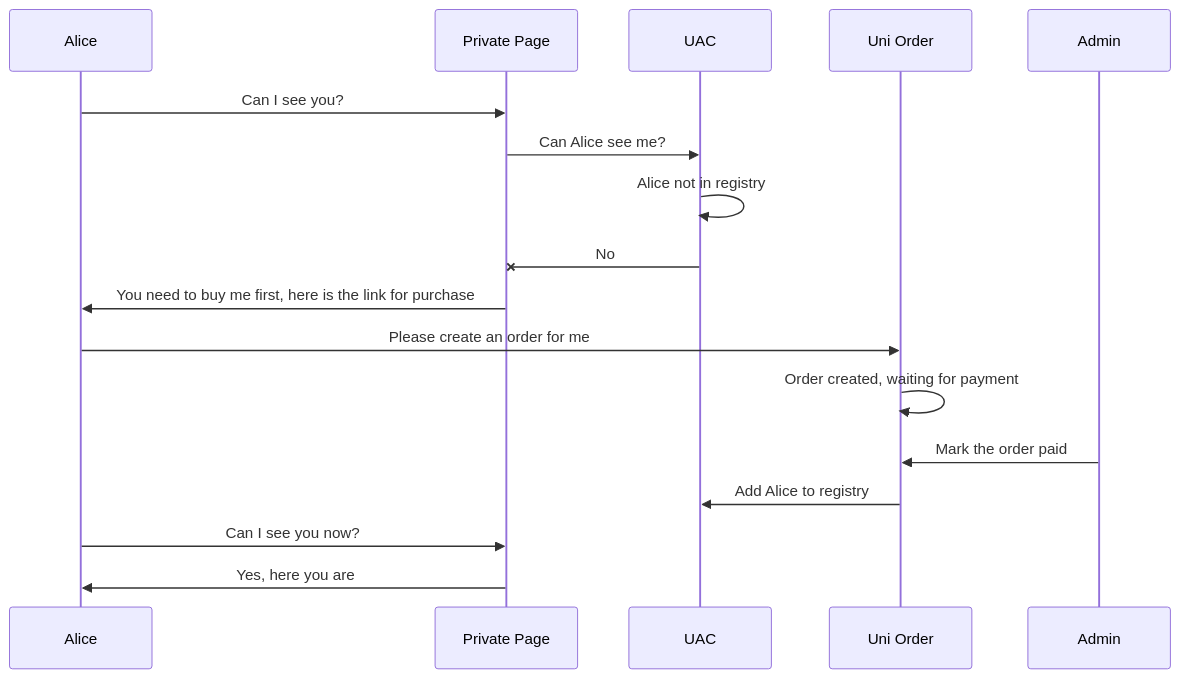
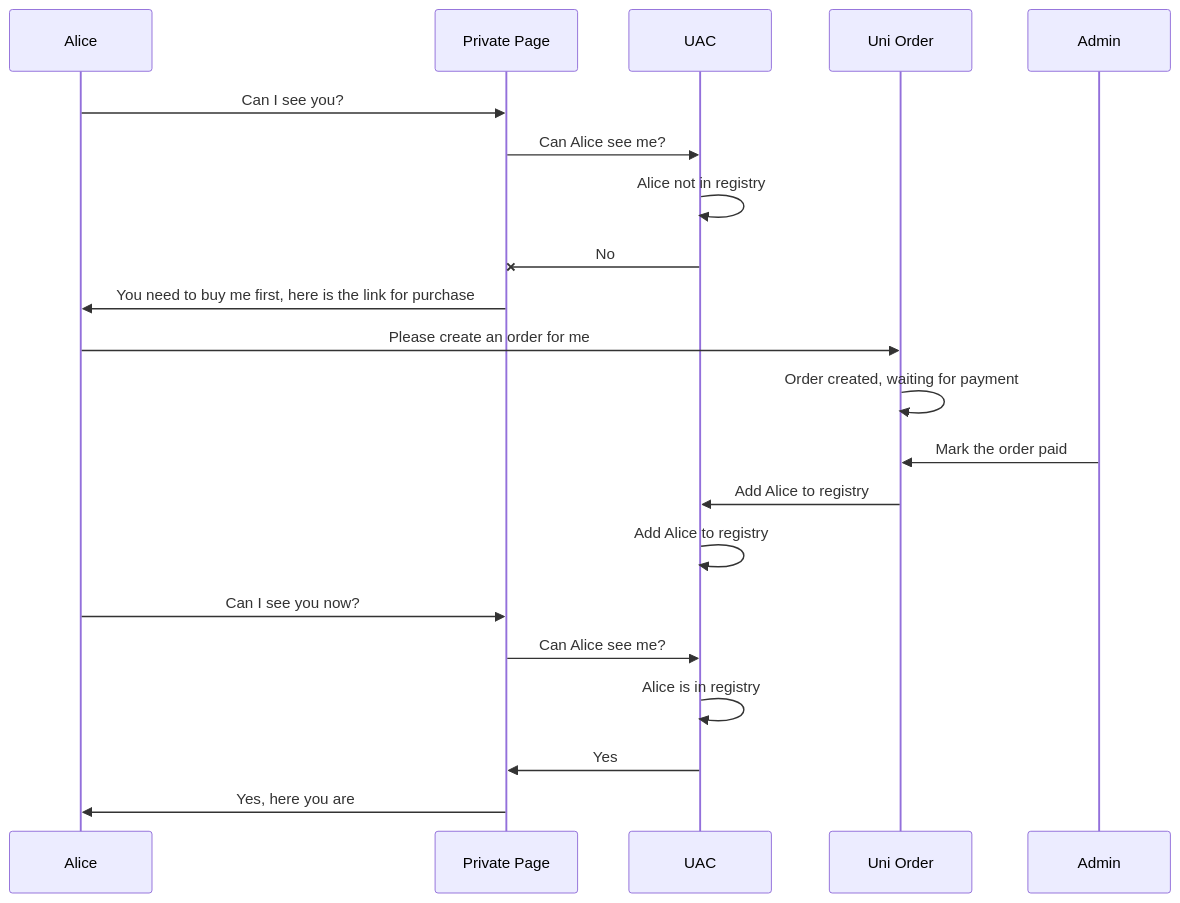
One commit to Jeff-Tian/space changed the diagram in src/pages/posts/uni-arch.md.md. Above: the diagram before and after it, drawn with Mermaid. The commit also changed other lines of this file, not shown here.

````diff
--- a/src/pages/posts/uni-arch.md.md
+++ b/src/pages/posts/uni-arch.md.md
@@ -9,14 +9,18 @@
 ```mermaid
 sequenceDiagram
 Alice ->> Private Page: Can I see you?
 Private Page ->> UAC: Can Alice see me?
 UAC ->> UAC: Alice not in registry
 UAC -x Private Page: No
 Private Page ->> Alice : You need to buy me first, here is the link for purchase
 Alice ->> Uni Order: Please create an order for me
 Uni Order ->> Uni Order: Order created, waiting for payment
 Admin ->> Uni Order: Mark the order paid
 Uni Order ->> UAC: Add Alice to registry
+UAC ->> UAC: Add Alice to registry
 Alice ->> Private Page: Can I see you now?
+Private Page ->> UAC: Can Alice see me?
+UAC ->> UAC: Alice is in registry
+UAC ->> Private Page: Yes
 Private Page ->> Alice: Yes, here you are
 ```
````
